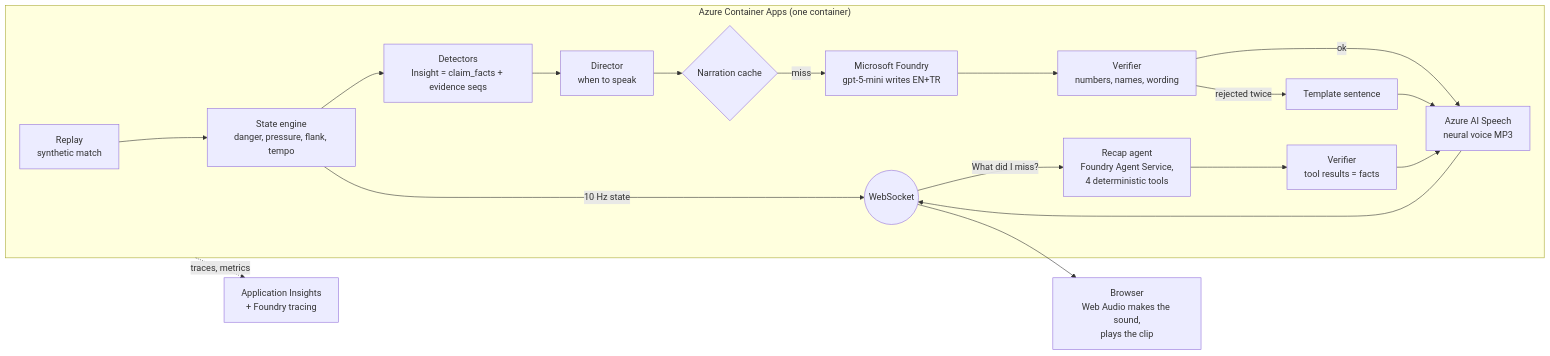
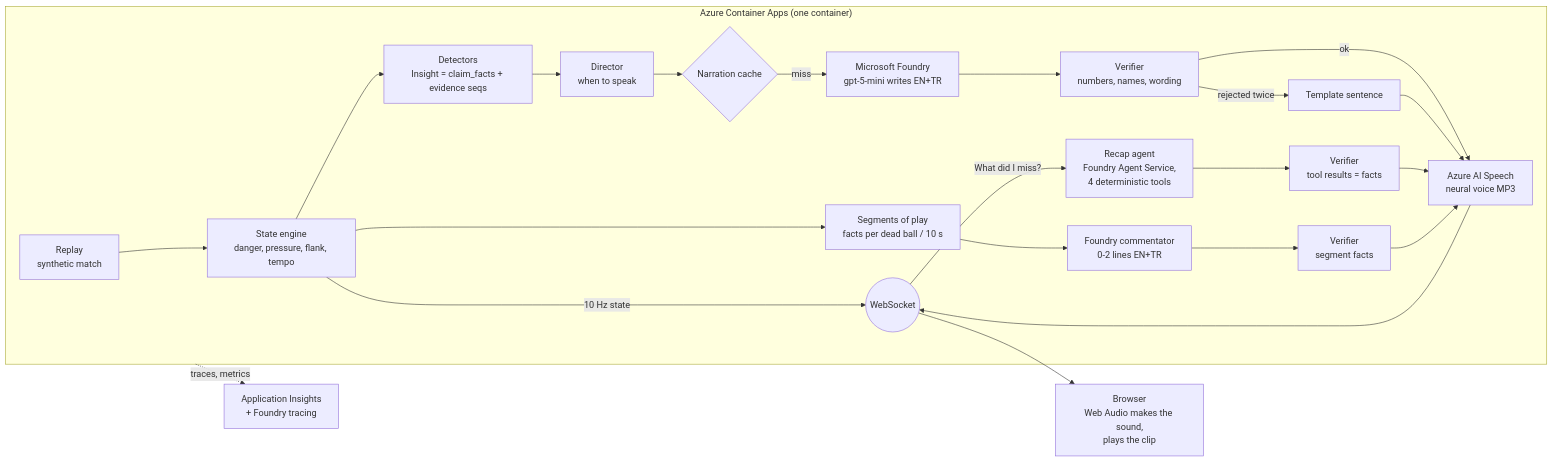
Before and after one commit to klckerim/hear-the-game: the diagram in README.md, drawn with Mermaid. The commit also changed other lines of this file and 4 other files, not shown here.

````diff
--- a/README.md
+++ b/README.md
@@ -71,21 +89,24 @@
 ```mermaid
 flowchart LR
   subgraph Server["Azure Container Apps (one container)"]
     R[Replay<br/>synthetic match] --> S[State engine<br/>danger, pressure, flank, tempo]
     S -->|10 Hz state| WS((WebSocket))
     S --> D[Detectors<br/>Insight = claim_facts + evidence seqs]
     D --> DIR[Director<br/>when to speak]
     DIR --> C{Narration cache}
     C -- miss --> F[Microsoft Foundry<br/>gpt-5-mini writes EN+TR]
     F --> V[Verifier<br/>numbers, names, wording]
     V -- rejected twice --> T[Template sentence]
     V -- ok --> SP[Azure AI Speech<br/>neural voice MP3]
     T --> SP
     SP --> WS
     WS -- What did I miss? --> RA[Recap agent<br/>Foundry Agent Service,<br/>4 deterministic tools]
     RA --> RV[Verifier<br/>tool results = facts]
     RV --> SP
+    S --> SEG[Segments of play<br/>facts per dead ball / 10 s]
+    SEG --> CM[Foundry commentator<br/>0-2 lines EN+TR]
+    CM --> CV[Verifier<br/>segment facts] --> SP
   end
   WS --> B[Browser<br/>Web Audio makes the sound,<br/>plays the clip]
   Server -. traces, metrics .-> AI[Application Insights<br/>+ Foundry tracing]
 ```
````
